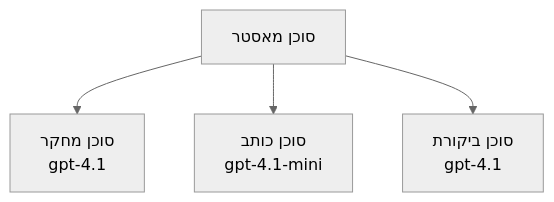
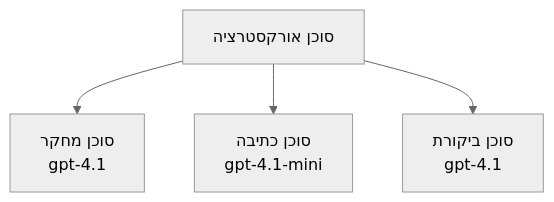
Before and after one commit to microsoft/AZD-for-beginners: the third of 3 diagrams in translations/he/docs/chapter-02-ai-development/agents.md, drawn with Mermaid (neutral theme). The commit also changed other lines of this file and 101 other files, not shown here.

````diff
--- a/translations/he/docs/chapter-02-ai-development/agents.md
+++ b/translations/he/docs/chapter-02-ai-development/agents.md
@@ -189,6 +194,6 @@
 ```mermaid
 graph TD
-    Orchestrator[סוכן מאסטר] --> Research[סוכן מחקר<br/>gpt-4.1]
-    Orchestrator --> Writer[סוכן כותב<br/>gpt-4.1-mini]
+    Orchestrator[סוכן אורקסטרציה] --> Research[סוכן מחקר<br/>gpt-4.1]
+    Orchestrator --> Writer[סוכן כתיבה<br/>gpt-4.1-mini]
     Orchestrator --> Reviewer[סוכן ביקורת<br/>gpt-4.1]
 ```
````
